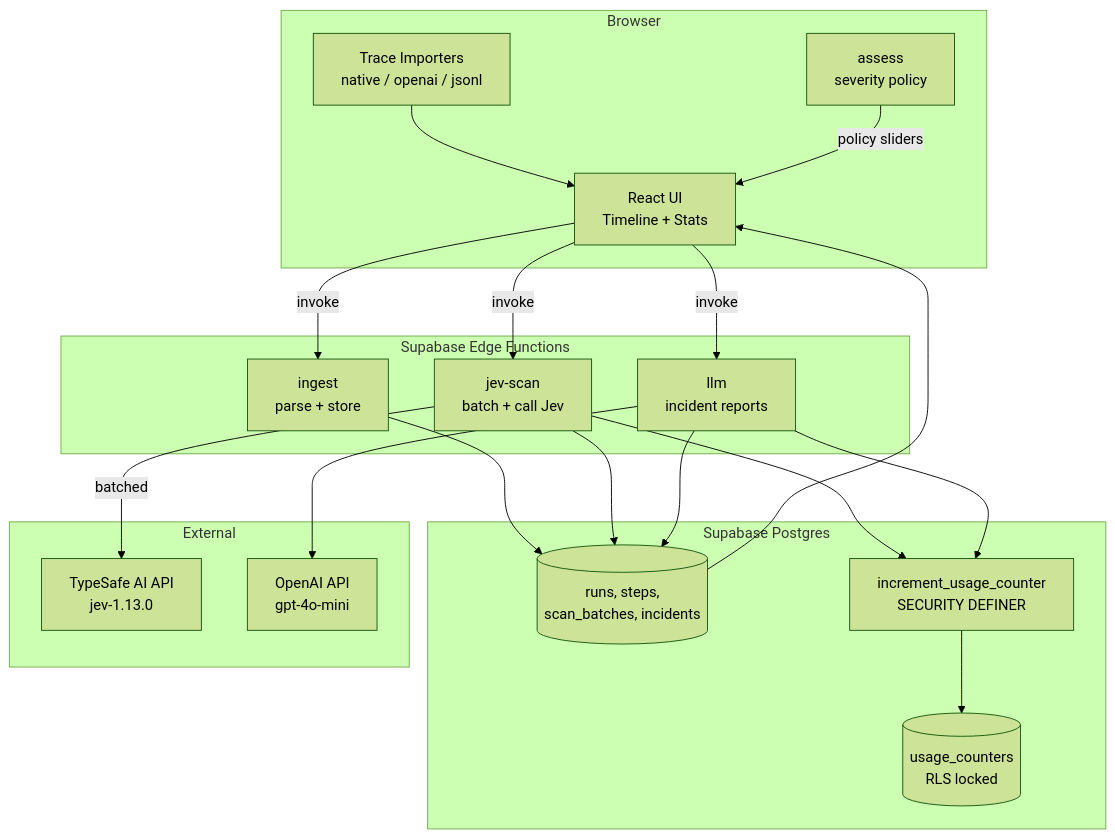
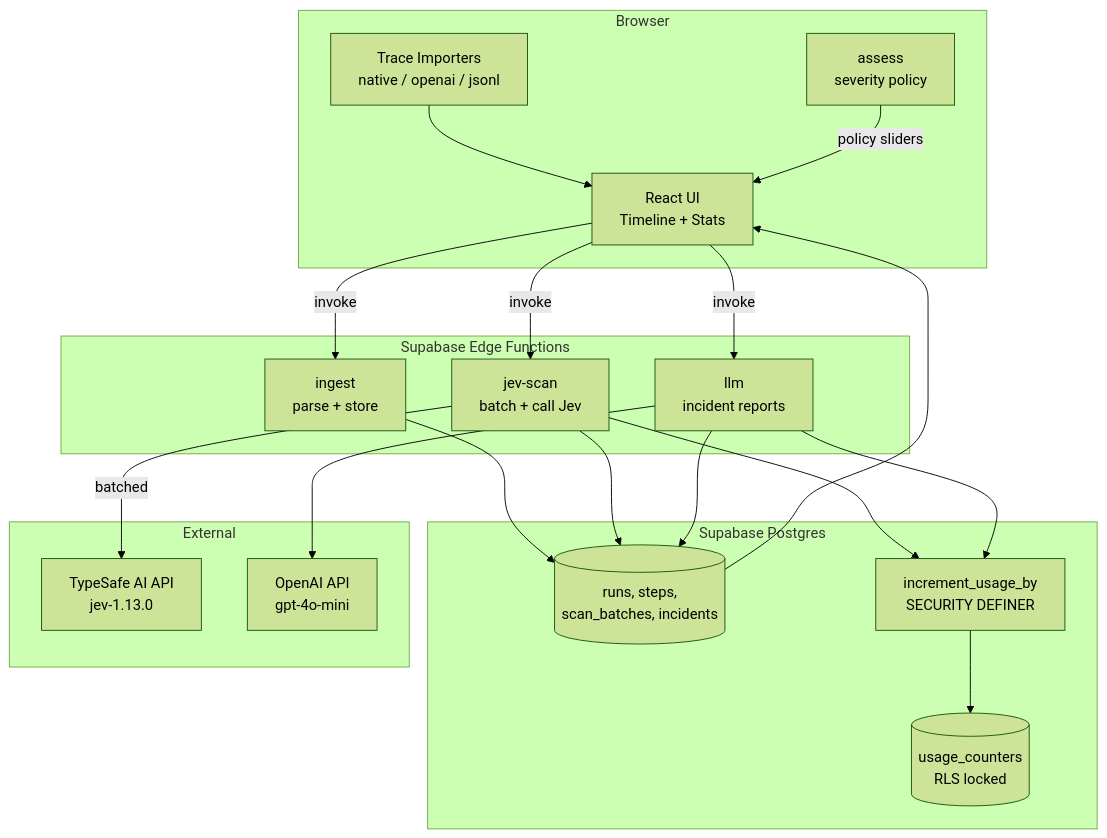
The diagram in README.md (royharden/trace-forensics), drawn with Mermaid (forest theme) before and after one commit. The commit also changed other lines of this file and 7 other files, not shown here.

````diff
--- a/README.md
+++ b/README.md
@@ -24,40 +24,40 @@
 ```mermaid
 graph TB
     subgraph Browser
         UI[React UI<br/>Timeline + Stats]
         Importer[Trace Importers<br/>native / openai / jsonl]
         Assess[assess<br/>severity policy]
     end
 
     subgraph Supabase Edge Functions
         Ingest[ingest<br/>parse + store]
         JevScan[jev-scan<br/>batch + call Jev]
         LLM[llm<br/>incident reports]
     end
 
     subgraph Supabase Postgres
         DB[(runs, steps,<br/>scan_batches, incidents)]
         Usage[(usage_counters<br/>RLS locked)]
-        CounterFn[increment_usage_counter<br/>SECURITY DEFINER]
+        CounterFn[increment_usage_by<br/>SECURITY DEFINER]
     end
 
     subgraph External
         Typesafe[TypeSafe AI API<br/>jev-1.13.0]
         OpenAI[OpenAI API<br/>gpt-4o-mini]
     end
 
     UI -->|invoke| Ingest
     UI -->|invoke| JevScan
     UI -->|invoke| LLM
     Importer --> UI
     Ingest --> DB
     JevScan --> DB
     JevScan -->|batched| Typesafe
     JevScan --> CounterFn
     LLM --> DB
     LLM --> OpenAI
     LLM --> CounterFn
     CounterFn --> Usage
     Assess -->|policy sliders| UI
     DB --> UI
 ```
````
